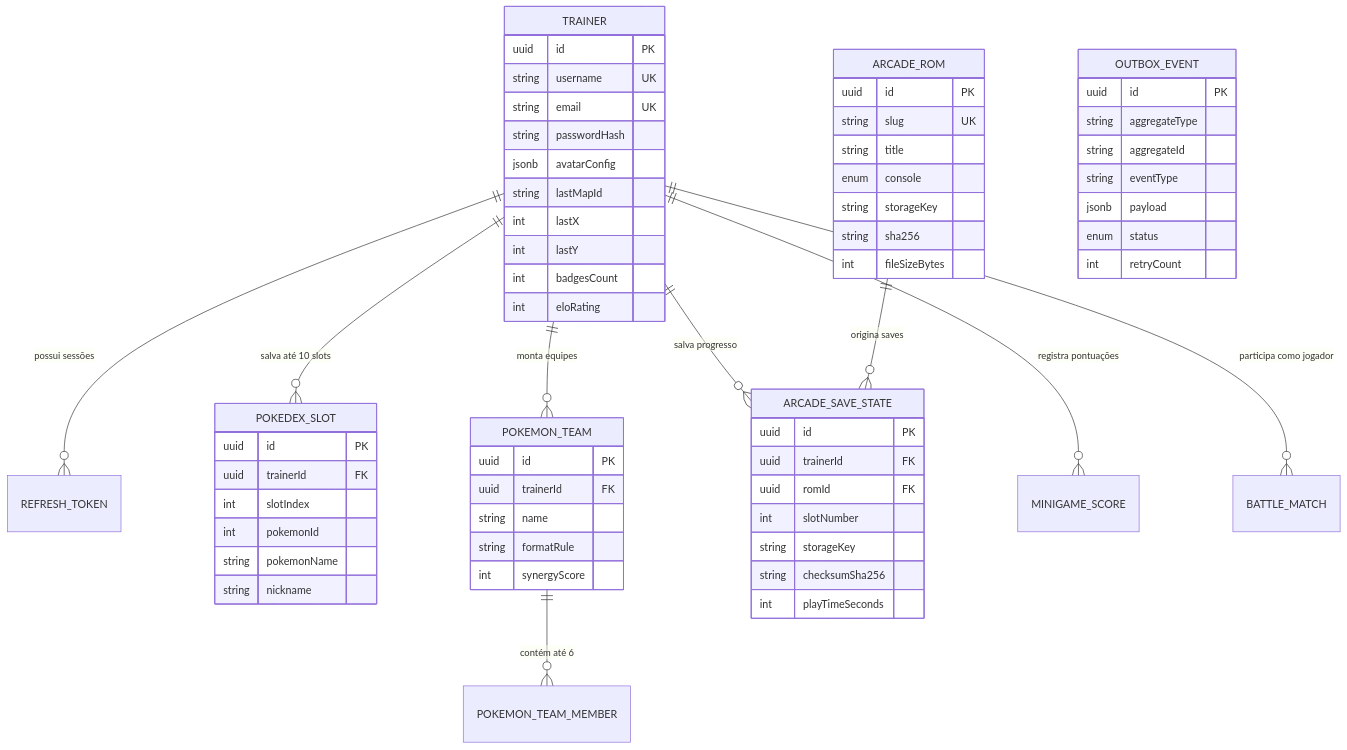
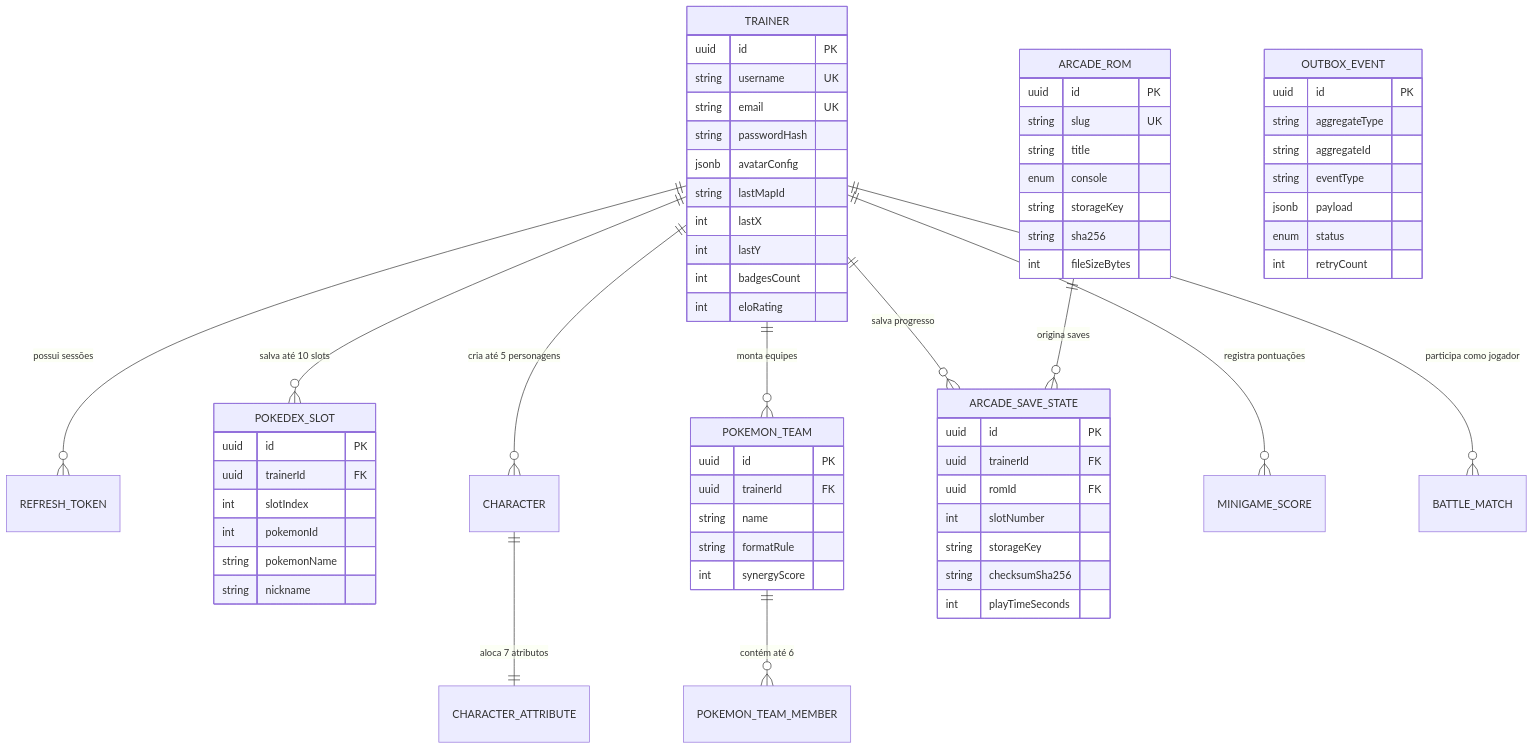
One commit to Digooow/pokedex-frontend changed the diagram in docs/05-banco-de-dados-postgresql-e-prisma.md. Above: the diagram before and after it, drawn with Mermaid. The commit also changed other lines of this file and 10 other files, not shown here.

````diff
--- a/docs/05-banco-de-dados-postgresql-e-prisma.md
+++ b/docs/05-banco-de-dados-postgresql-e-prisma.md
@@ -11,71 +11,73 @@
 ```mermaid
 erDiagram
   TRAINER ||--o{ REFRESH_TOKEN : "possui sessões"
   TRAINER ||--o{ POKEDEX_SLOT : "salva até 10 slots"
+  TRAINER ||--o{ CHARACTER : "cria até 5 personagens"
+  CHARACTER ||--|| CHARACTER_ATTRIBUTE : "aloca 7 atributos"
   TRAINER ||--o{ POKEMON_TEAM : "monta equipes"
   POKEMON_TEAM ||--o{ POKEMON_TEAM_MEMBER : "contém até 6"
   TRAINER ||--o{ ARCADE_SAVE_STATE : "salva progresso"
   ARCADE_ROM ||--o{ ARCADE_SAVE_STATE : "origina saves"
   TRAINER ||--o{ MINIGAME_SCORE : "registra pontuações"
   TRAINER ||--o{ BATTLE_MATCH : "participa como jogador"
 
   TRAINER {
     uuid id PK
     string username UK
     string email UK
     string passwordHash
     jsonb avatarConfig
     string lastMapId
     int lastX
     int lastY
     int badgesCount
     int eloRating
   }
 
   POKEDEX_SLOT {
     uuid id PK
     uuid trainerId FK
     int slotIndex
     int pokemonId
     string pokemonName
     string nickname
   }
 
   ARCADE_ROM {
     uuid id PK
     string slug UK
     string title
     enum console
     string storageKey
     string sha256
     int fileSizeBytes
   }
 
   ARCADE_SAVE_STATE {
     uuid id PK
     uuid trainerId FK
     uuid romId FK
     int slotNumber
     string storageKey
     string checksumSha256
     int playTimeSeconds
   }
 
   POKEMON_TEAM {
     uuid id PK
     uuid trainerId FK
     string name
     string formatRule
     int synergyScore
   }
 
   OUTBOX_EVENT {
     uuid id PK
     string aggregateType
     string aggregateId
     string eventType
     jsonb payload
     enum status
     int retryCount
   }
 ```
````
